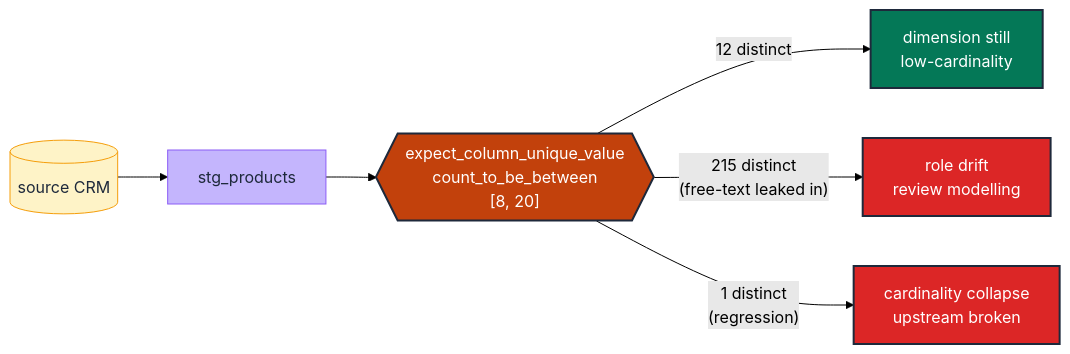
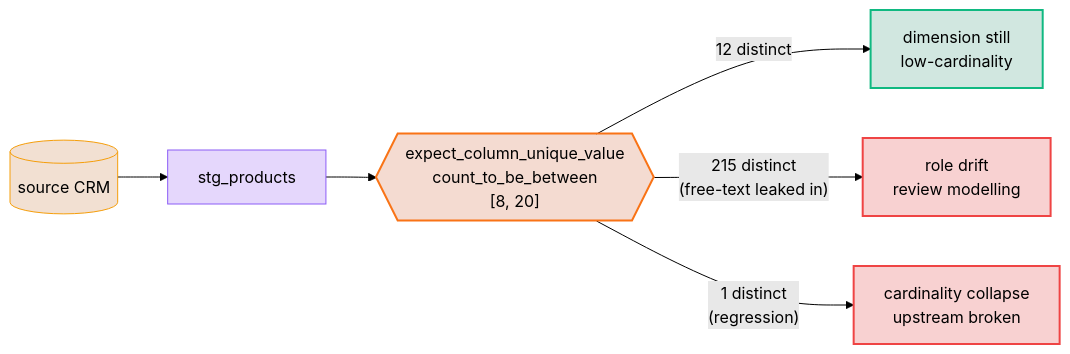
The diagram in docs/guides/testing_taxonomy/dimension/DM-02-cardinality-guard.md (neozenith/dbt-gcp-jaffleshop), drawn with Mermaid (forest theme) before and after one commit. The commit also changed 36 other files, not shown here.

First line of the commit message:
docs(taxonomy): rework guide entry-point + WCAG-AAA dual-theme mermaid palette (#19)

````diff
--- a/docs/guides/testing_taxonomy/dimension/DM-02-cardinality-guard.md
+++ b/docs/guides/testing_taxonomy/dimension/DM-02-cardinality-guard.md
@@ -82,15 +82,15 @@
 ```mermaid
 flowchart LR
     src[("source CRM")]:::source --> stg["stg_products"]:::dimSecondary
     stg --> cg{{"expect_column_unique_value<br/>count_to_be_between<br/>[8, 20]"}}:::gate
 
     cg -- "12 distinct" --> ok["dimension still<br/>low-cardinality"]:::ok
     cg -- "215 distinct<br/>(free-text leaked in)" --> drift["role drift<br/>review modelling"]:::fail
     cg -- "1 distinct<br/>(regression)" --> collapse["cardinality collapse<br/>upstream broken"]:::fail
 
-    classDef source       fill:#fef3c7,stroke:#f59e0b,color:#1e293b,stroke-width:1px
-    classDef dimSecondary fill:#c4b5fd,stroke:#8b5cf6,color:#1e293b,stroke-width:1px
-    classDef gate         fill:#c2410c,stroke:#1e293b,color:#fff,stroke-width:2px
-    classDef ok           fill:#047857,stroke:#1e293b,color:#fff,stroke-width:2px
-    classDef fail         fill:#dc2626,stroke:#1e293b,color:#fff,stroke-width:2px
+    classDef source fill:#b453092e,stroke:#f59e0b,stroke-width:1px
+    classDef dimSecondary fill:#7c3aed33,stroke:#8b5cf6,stroke-width:1px
+    classDef gate fill:#c2410c30,stroke:#f97316,stroke-width:2px
+    classDef ok fill:#0478572e,stroke:#10b981,stroke-width:2px
+    classDef fail fill:#dc262636,stroke:#ef4444,stroke-width:2px
 ```
````
